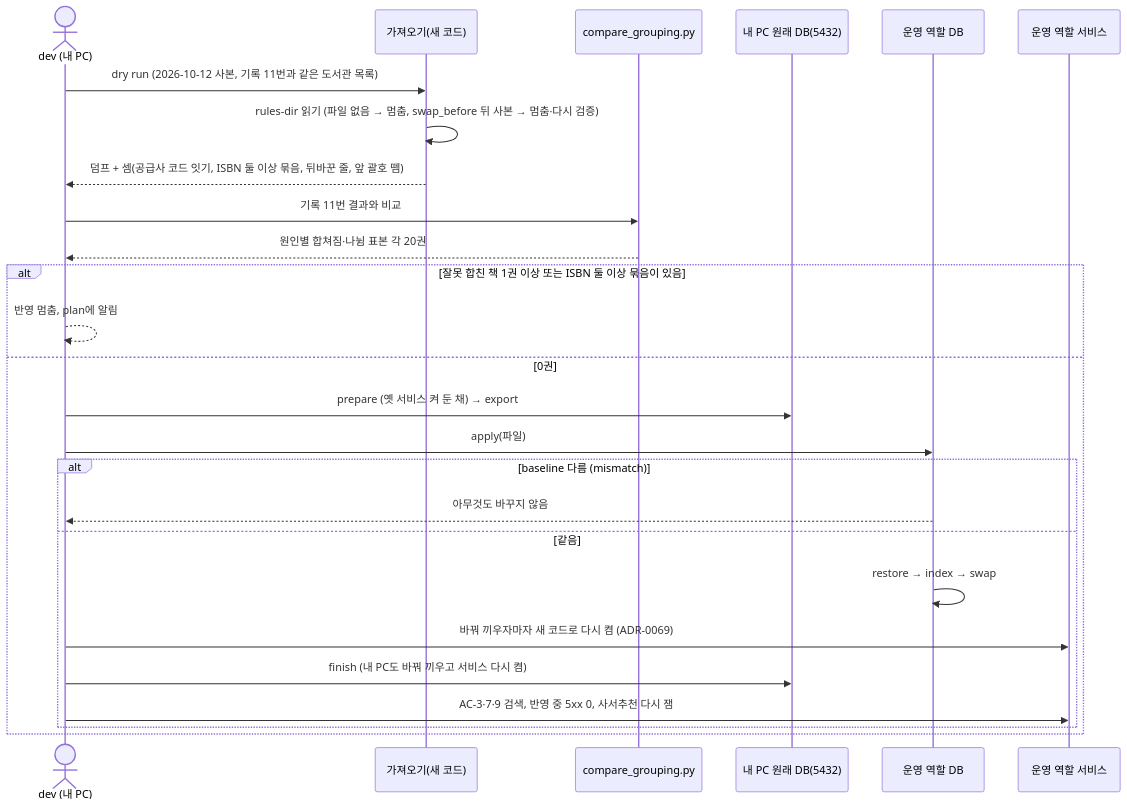
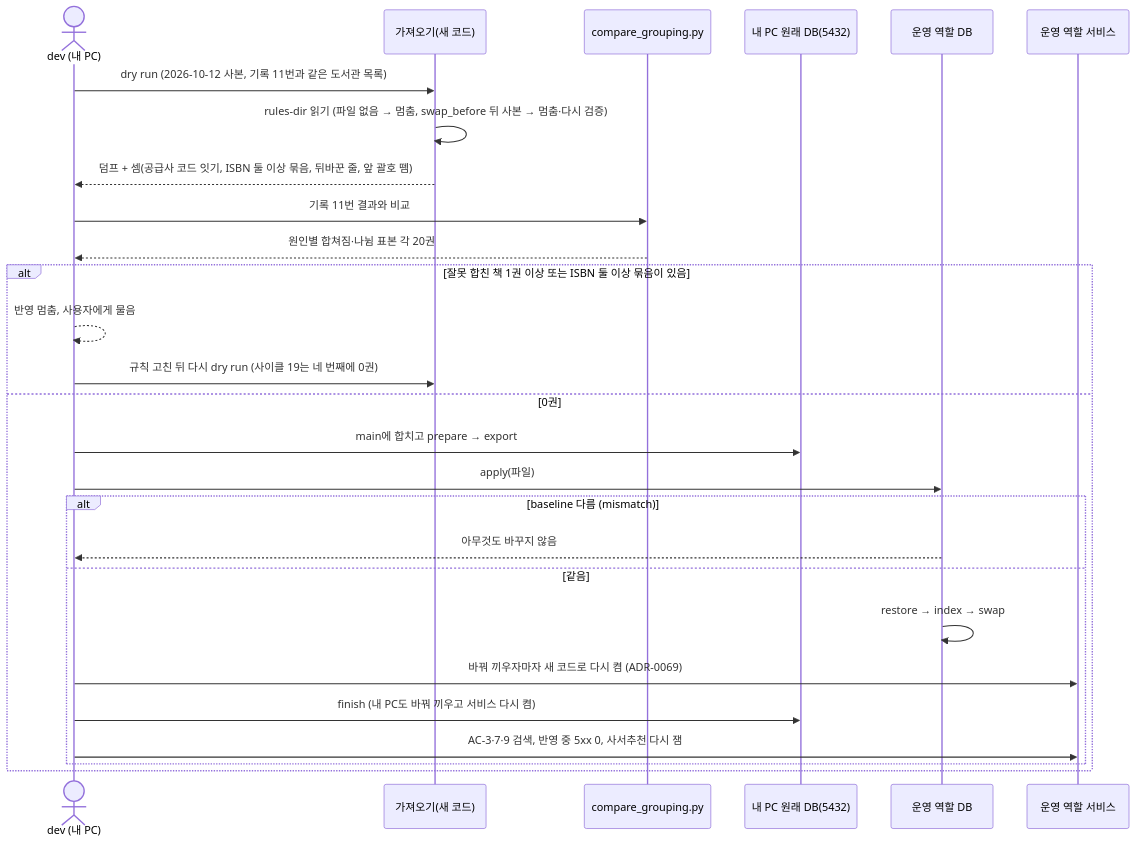
Before and after one commit to hodu-sketch/chaekcheck-plan: diagram 50 of 57 in docs/current/flows.md, drawn with Mermaid. The commit also changed other lines of this file and 11 other files, not shown here.

````diff
--- a/docs/current/flows.md
+++ b/docs/current/flows.md
@@ -1550,28 +1552,29 @@
 ```mermaid
 sequenceDiagram
   actor Dev as dev (내 PC)
   participant Imp as 가져오기(새 코드)
   participant Cmp as compare_grouping.py
   participant PC as 내 PC 원래 DB(5432)
   participant Prod as 운영 역할 DB
   participant Svc as 운영 역할 서비스
   Dev->>Imp: dry run (2026-10-12 사본, 기록 11번과 같은 도서관 목록)
   Imp->>Imp: rules-dir 읽기 (파일 없음 → 멈춤, swap_before 뒤 사본 → 멈춤·다시 검증)
   Imp-->>Dev: 덤프 + 셈(공급사 코드 잇기, ISBN 둘 이상 묶음, 뒤바꾼 줄, 앞 괄호 뗌)
   Dev->>Cmp: 기록 11번 결과와 비교
   Cmp-->>Dev: 원인별 합쳐짐·나뉨 표본 각 20권
   alt 잘못 합친 책 1권 이상 또는 ISBN 둘 이상 묶음이 있음
-    Dev-->>Dev: 반영 멈춤, plan에 알림
+    Dev-->>Dev: 반영 멈춤, 사용자에게 물음
+    Dev->>Imp: 규칙 고친 뒤 다시 dry run (사이클 19는 네 번째에 0권)
   else 0권
-    Dev->>PC: prepare (옛 서비스 켜 둔 채) → export
+    Dev->>PC: main에 합치고 prepare → export
     Dev->>Prod: apply(파일)
     alt baseline 다름 (mismatch)
       Prod-->>Dev: 아무것도 바꾸지 않음
     else 같음
       Prod->>Prod: restore → index → swap
       Dev->>Svc: 바꿔 끼우자마자 새 코드로 다시 켬 (ADR-0069)
       Dev->>PC: finish (내 PC도 바꿔 끼우고 서비스 다시 켬)
       Dev->>Svc: AC-3·7·9 검색, 반영 중 5xx 0, 사서추천 다시 잼
     end
   end
 ```
````
